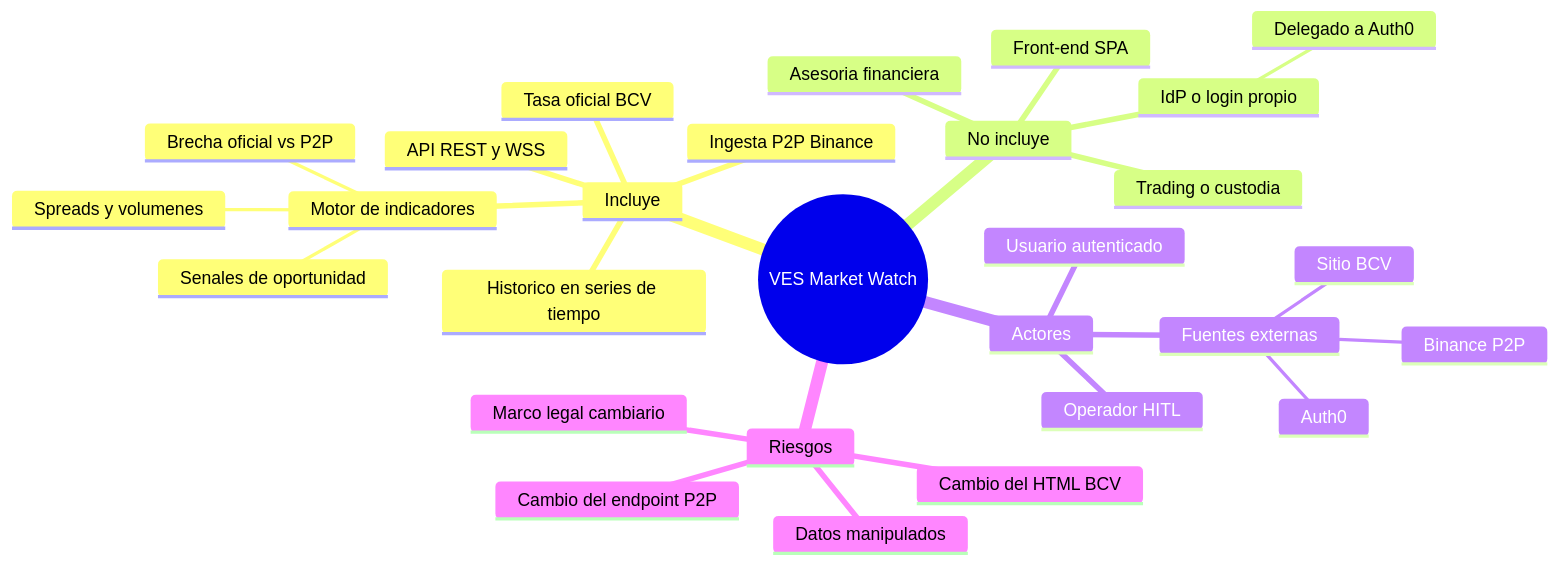
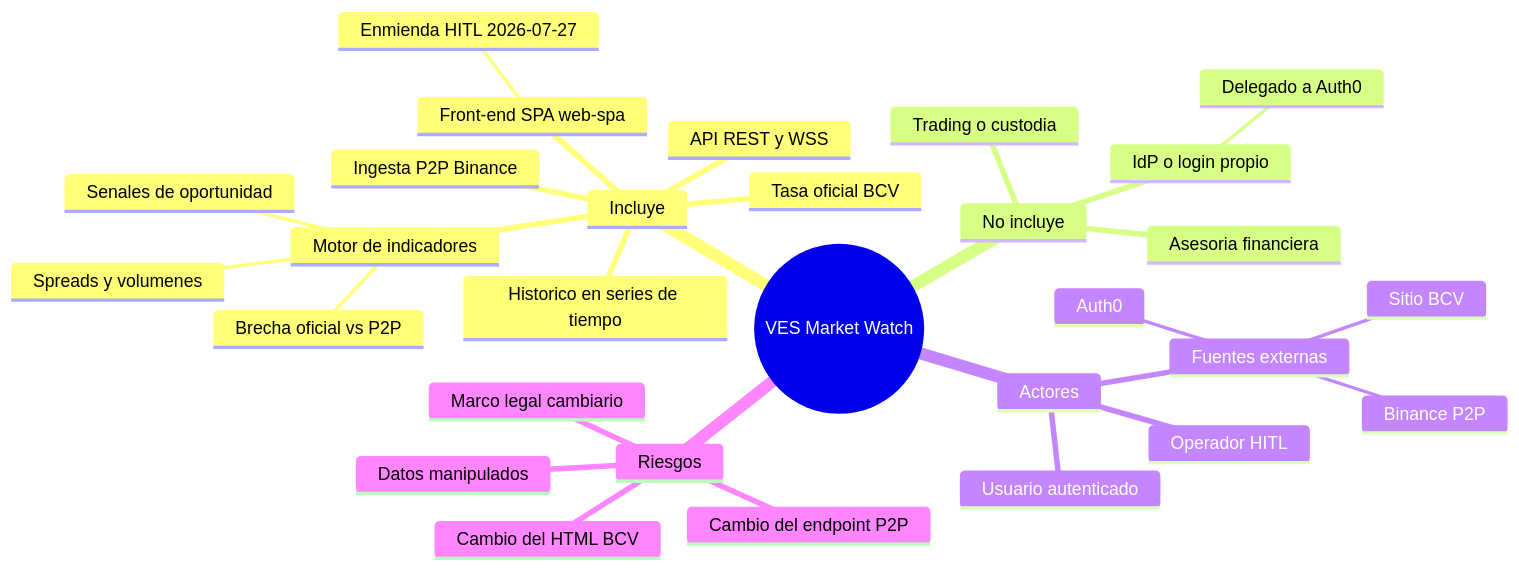
The diagram in docs/00-project/charter.md (jeremialcala/ves-market-watch), drawn with Mermaid before and after one commit. The commit also changed other lines of this file and 14 other files, not shown here.

````diff
--- a/docs/00-project/charter.md
+++ b/docs/00-project/charter.md
@@ -38,31 +44,32 @@
 ```mermaid
 mindmap
   root((VES Market Watch))
     Incluye
       Ingesta P2P Binance
       Tasa oficial BCV
       Motor de indicadores
         Brecha oficial vs P2P
         Spreads y volumenes
         Senales de oportunidad
       API REST y WSS
+      Front-end SPA web-spa
+        Enmienda HITL 2026-07-27
       Historico en series de tiempo
     No incluye
       Trading o custodia
       Asesoria financiera
       IdP o login propio
         Delegado a Auth0
-      Front-end SPA
     Actores
       Usuario autenticado
       Operador HITL
       Fuentes externas
         Binance P2P
         Sitio BCV
         Auth0
     Riesgos
       Cambio del endpoint P2P
       Cambio del HTML BCV
       Datos manipulados
       Marco legal cambiario
 ```
````
